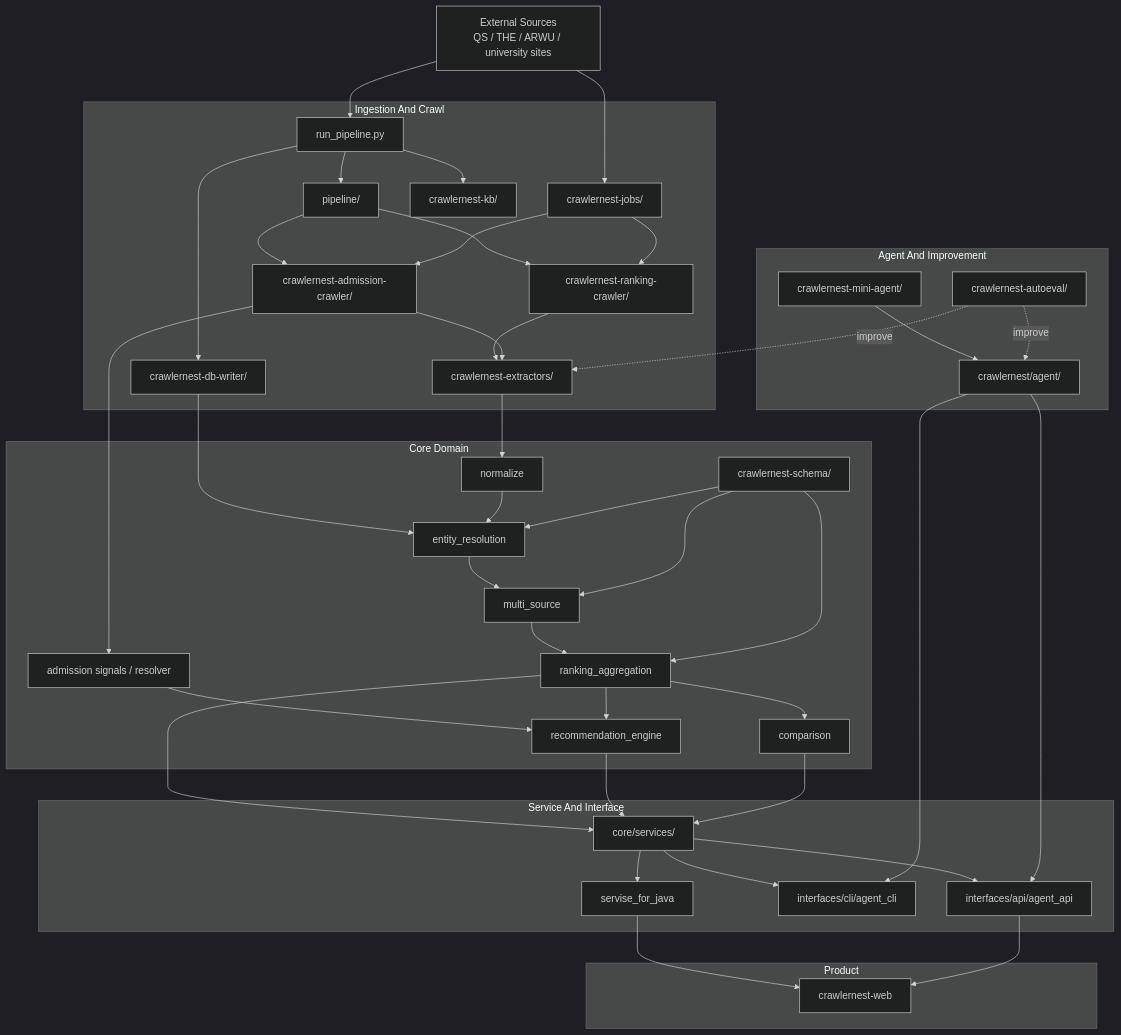
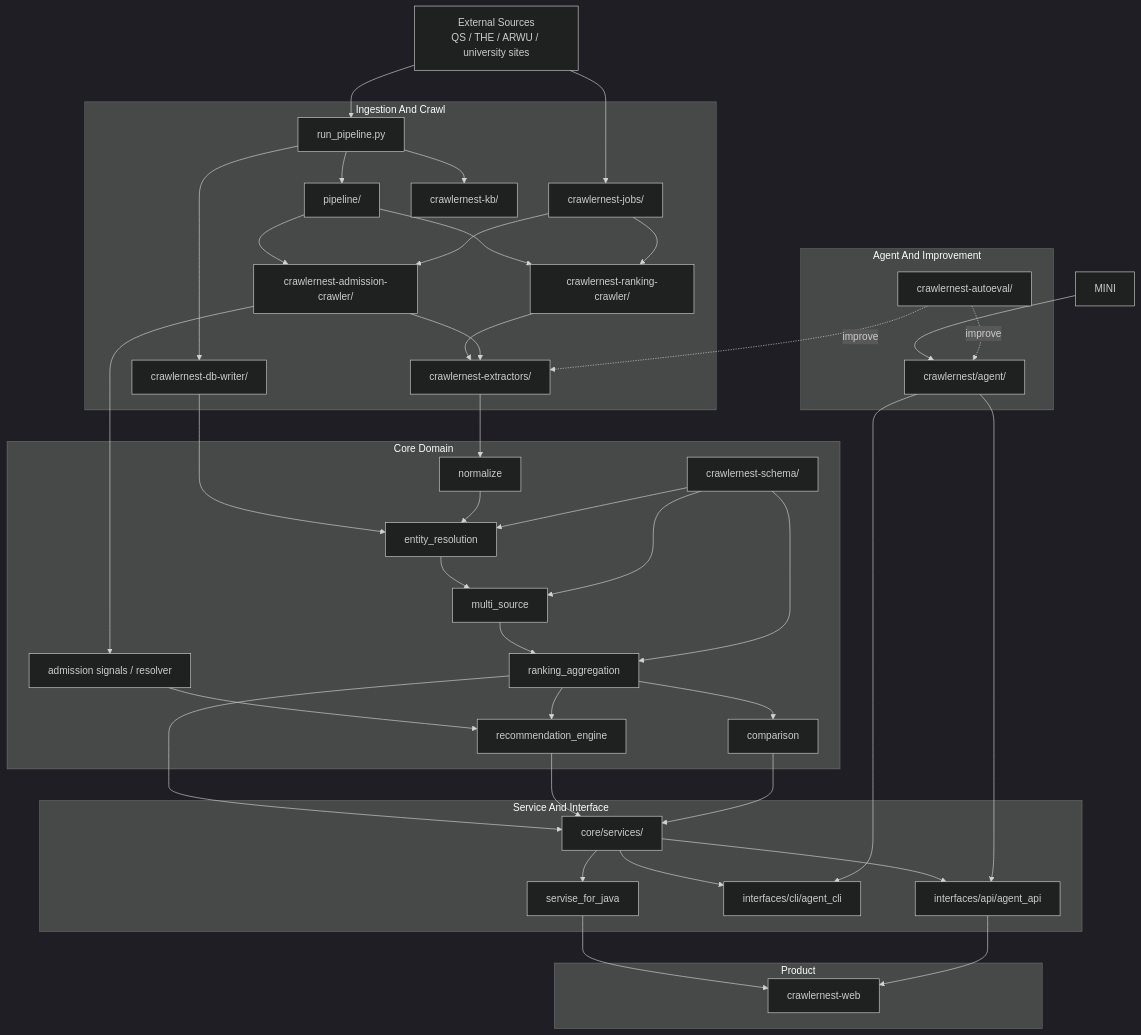
Before and after one commit to heinricitorgau/CrawlerNest: the third of 11 diagrams in docs/legacy/SYSTEM_ENGINE_ARCHITECTURE_legacy.md, drawn with Mermaid (dark theme). The commit also changed other lines of this file and 339 other files, not shown here.

First line of the commit message:
chore: remove vendored mini-agent and generated lobster-01 runtime copy

````diff
--- a/docs/legacy/SYSTEM_ENGINE_ARCHITECTURE_legacy.md
+++ b/docs/legacy/SYSTEM_ENGINE_ARCHITECTURE_legacy.md
@@ -147,80 +146,79 @@
 ```mermaid
 flowchart TD
     SRC["External Sources<br/>QS / THE / ARWU / university sites"]
 
     subgraph INGEST["Ingestion And Crawl"]
         PIPE["run_pipeline.py"]
         PSTAGE["pipeline/"]
         JOBS["crawlernest-jobs/"]
         RCRAWL["crawlernest-ranking-crawler/"]
         ACRAWL["crawlernest-admission-crawler/"]
         EXT["crawlernest-extractors/"]
         WRITE["crawlernest-db-writer/"]
         KB["crawlernest-kb/"]
     end
 
     subgraph CORE["Core Domain"]
         NORM["normalize"]
         ER["entity_resolution"]
         MS["multi_source"]
         AGG["ranking_aggregation"]
         ASIG["admission signals / resolver"]
         REC["recommendation_engine"]
         CMP["comparison"]
         SCHEMA["crawlernest-schema/"]
     end
 
     subgraph SERVICE["Service And Interface"]
         FACADE["core/services/"]
         PAPI["interfaces/api/agent_api"]
         PCLI["interfaces/cli/agent_cli"]
         JAVA["servise_for_java"]
     end
 
     subgraph PRODUCT["Product"]
         WEB["crawlernest-web"]
     end
 
     subgraph AGENT["Agent And Improvement"]
         AGS["crawlernest/agent/"]
-        MINI["crawlernest-mini-agent/"]
         EVAL["crawlernest-autoeval/"]
     end
 
     SRC --> PIPE
     SRC --> JOBS
     PIPE --> PSTAGE
     PSTAGE --> RCRAWL
     PSTAGE --> ACRAWL
     JOBS --> RCRAWL
     JOBS --> ACRAWL
     RCRAWL --> EXT
     ACRAWL --> EXT
     EXT --> NORM
     PIPE --> WRITE
     PIPE --> KB
     WRITE --> ER
     NORM --> ER
     SCHEMA --> ER
     ER --> MS
     SCHEMA --> MS
     MS --> AGG
     SCHEMA --> AGG
     ACRAWL --> ASIG
     ASIG --> REC
     AGG --> REC
     AGG --> CMP
     AGG --> FACADE
     REC --> FACADE
     CMP --> FACADE
     FACADE --> JAVA
     FACADE --> PAPI
     FACADE --> PCLI
     JAVA --> WEB
     PAPI --> WEB
     AGS --> PAPI
     AGS --> PCLI
     MINI --> AGS
     EVAL -. improve .-> AGS
     EVAL -. improve .-> EXT
 ```
````
